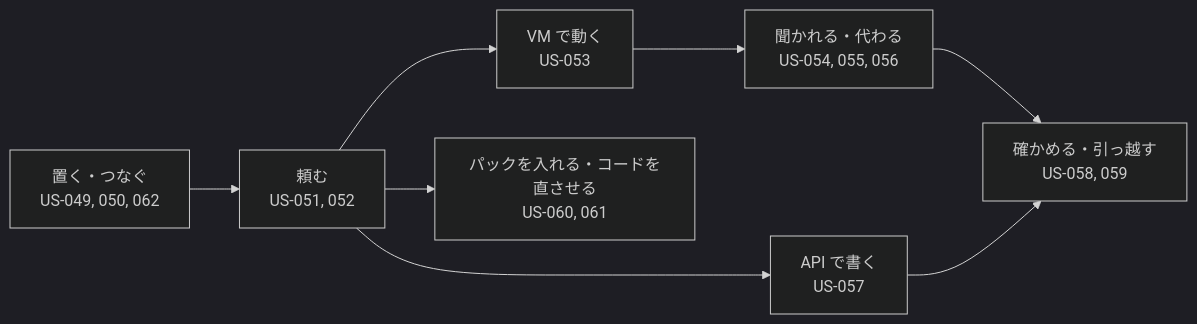
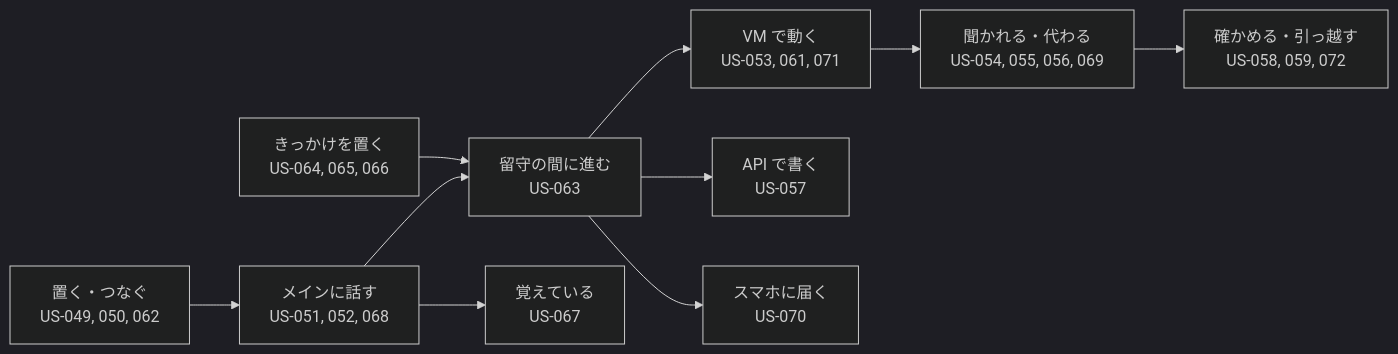
Before and after one commit to itiwoja/agent-team: the diagram in docs/design/02_user_stories.md, drawn with Mermaid (dark theme). The commit also changed other lines of this file and 25 other files, not shown here.

````diff
--- a/docs/design/02_user_stories.md
+++ b/docs/design/02_user_stories.md
@@ -13,10 +13,12 @@
 ```mermaid
 flowchart LR
- A["置く・つなぐ<br/>US-049, 050, 062"] --> B["頼む<br/>US-051, 052"]
- B --> C["VM で動く<br/>US-053"]
- C --> D["聞かれる・代わる<br/>US-054, 055, 056"]
- B --> E["API で書く<br/>US-057"]
- B --> G["パックを入れる・コードを直させる<br/>US-060, 061"]
- D --> F["確かめる・引っ越す<br/>US-058, 059"]
- E --> F
+ A["置く・つなぐ<br/>US-049, 050, 062"] --> B["メインに話す<br/>US-051, 052, 068"]
+ T["きっかけを置く<br/>US-064, 065, 066"] --> R["留守の間に進む<br/>US-063"]
+ B --> R
+ R --> C["VM で動く<br/>US-053, 061, 071"]
+ C --> D["聞かれる・代わる<br/>US-054, 055, 056, 069"]
+ R --> E["API で書く<br/>US-057"]
+ R --> N["スマホに届く<br/>US-070"]
+ B --> M["覚えている<br/>US-067"]
+ D --> F["確かめる・引っ越す<br/>US-058, 059, 072"]
 ```
````
